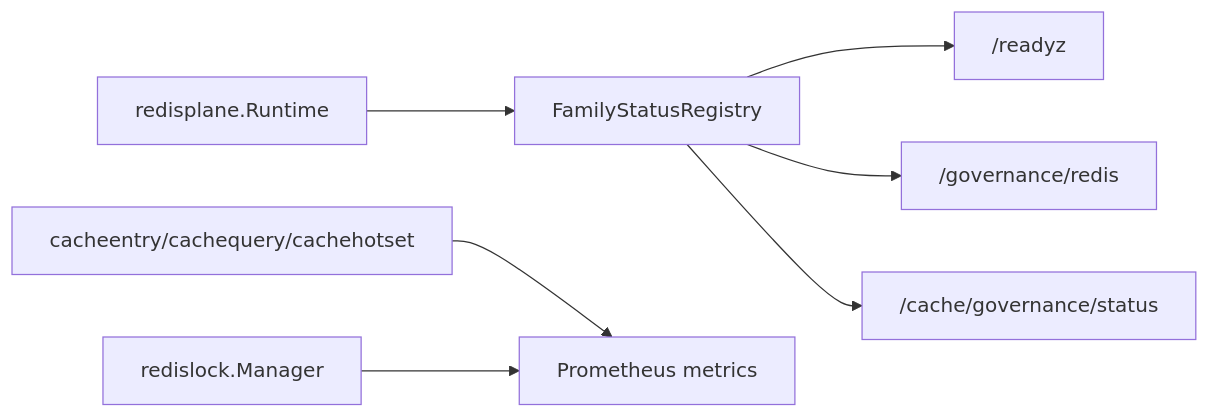
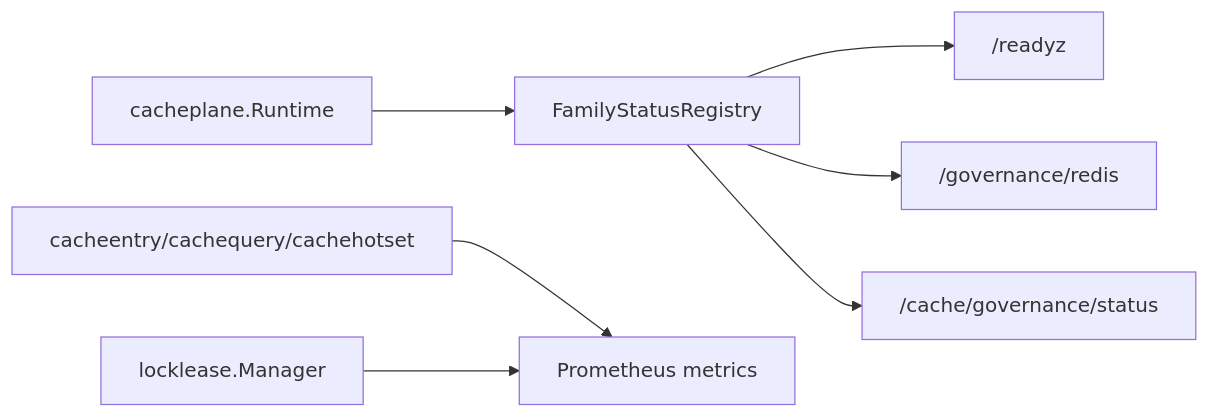
Before and after one commit to FangcunMount/qs-server: the second of 2 diagrams in docs/03-基础设施/redis/08-观测降级与排障.md, drawn with Mermaid. The commit also changed other lines of this file and 34 other files, not shown here.

````diff
--- a/docs/03-基础设施/redis/08-观测降级与排障.md
+++ b/docs/03-基础设施/redis/08-观测降级与排障.md
@@ -44,9 +44,9 @@
 ```mermaid
 flowchart LR
-    Runtime["redisplane.Runtime"] --> Status["FamilyStatusRegistry"]
+    Runtime["cacheplane.Runtime"] --> Status["FamilyStatusRegistry"]
     Cache["cacheentry/cachequery/cachehotset"] --> Metrics["Prometheus metrics"]
-    Lock["redislock.Manager"] --> Metrics
+    Lock["locklease.Manager"] --> Metrics
     Status --> Ready["/readyz"]
     Status --> Gov["/governance/redis"]
     Status --> CacheStatus["/cache/governance/status"]
 ```
````
